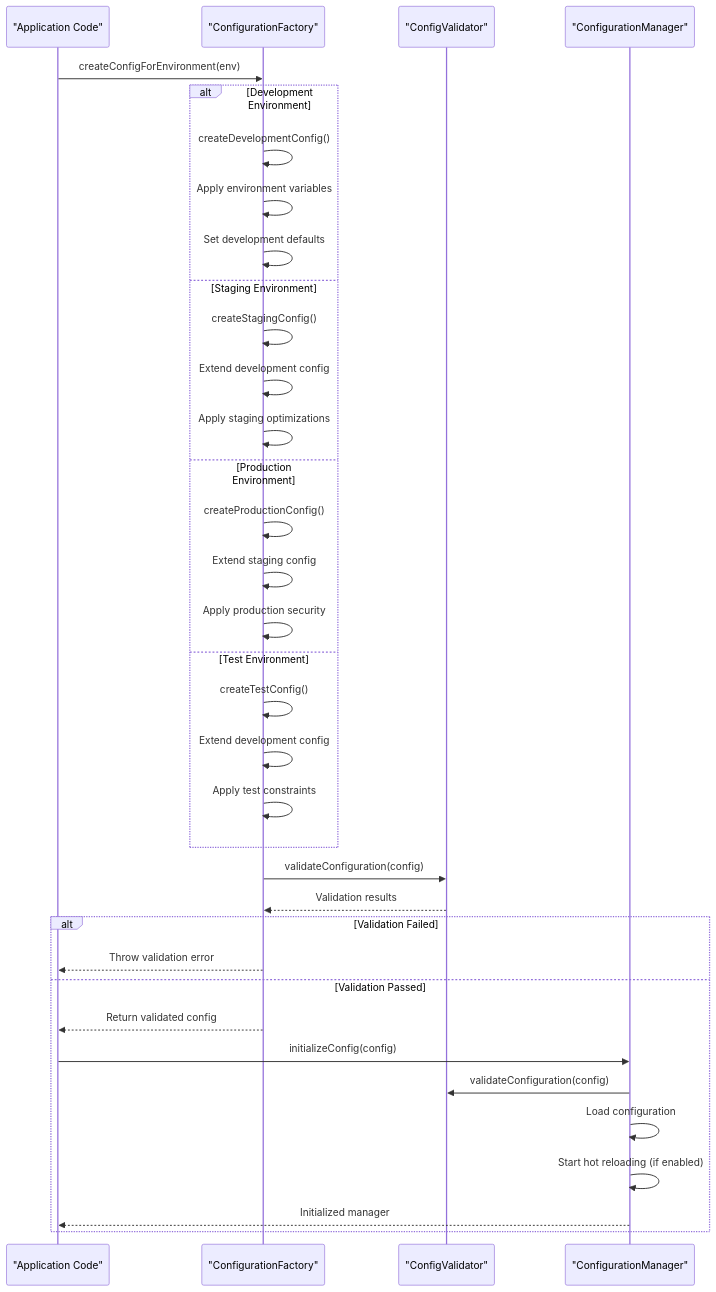
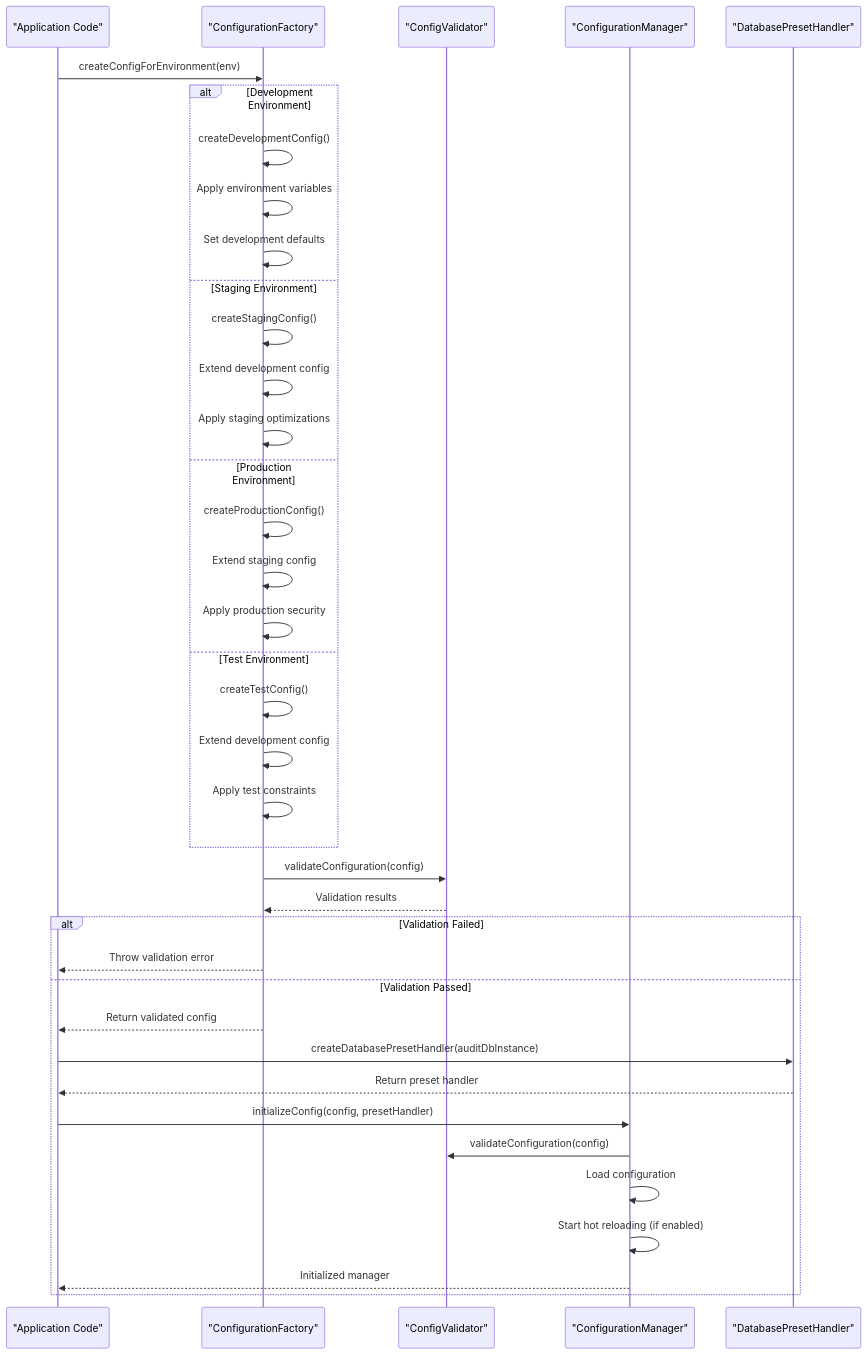
The third of 7 diagrams in .qoder/repowiki/en/content/Audit Core System/Configuration Management/Configuration Factory Pattern.md (smedrec/smart-logs), drawn with Mermaid before and after one commit. The commit also changed other lines of this file and 27 other files, not shown here.

````diff
--- a/.qoder/repowiki/en/content/Audit Core System/Configuration Management/Configuration Factory Pattern.md
+++ b/.qoder/repowiki/en/content/Audit Core System/Configuration Management/Configuration Factory Pattern.md
@@ -188,37 +202,40 @@
 ```mermaid
 sequenceDiagram
 participant User as "Application Code"
 participant Factory as "ConfigurationFactory"
 participant Validator as "ConfigValidator"
 participant Manager as "ConfigurationManager"
+participant PresetHandler as "DatabasePresetHandler"
 User->>Factory : createConfigForEnvironment(env)
 alt Development Environment
 Factory->>Factory : createDevelopmentConfig()
 Factory->>Factory : Apply environment variables
 Factory->>Factory : Set development defaults
 else Staging Environment
 Factory->>Factory : createStagingConfig()
 Factory->>Factory : Extend development config
 Factory->>Factory : Apply staging optimizations
 else Production Environment
 Factory->>Factory : createProductionConfig()
 Factory->>Factory : Extend staging config
 Factory->>Factory : Apply production security
 else Test Environment
 Factory->>Factory : createTestConfig()
 Factory->>Factory : Extend development config
 Factory->>Factory : Apply test constraints
 end
 Factory->>Validator : validateConfiguration(config)
 Validator-->>Factory : Validation results
 alt Validation Failed
 Factory-->>User : Throw validation error
 else Validation Passed
 Factory-->>User : Return validated config
-User->>Manager : initializeConfig(config)
+User->>PresetHandler : createDatabasePresetHandler(auditDbInstance)
+PresetHandler-->>User : Return preset handler
+User->>Manager : initializeConfig(config, presetHandler)
 Manager->>Validator : validateConfiguration(config)
 Manager->>Manager : Load configuration
 Manager->>Manager : Start hot reloading (if enabled)
 Manager-->>User : Initialized manager
 end
 ```
````
